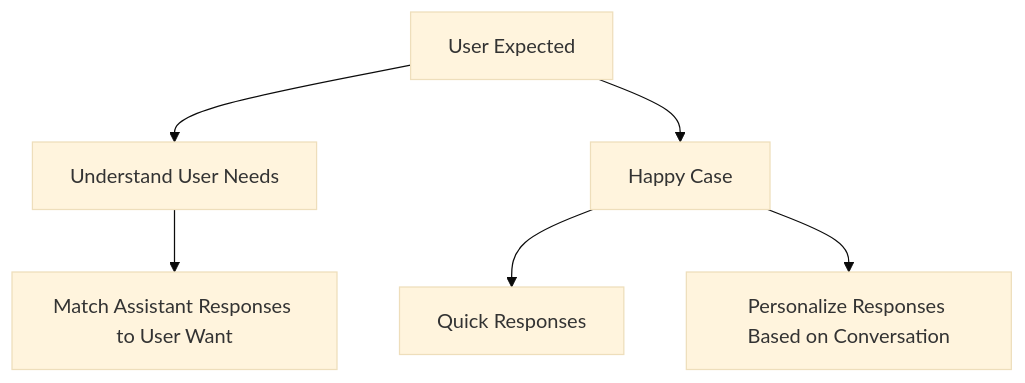
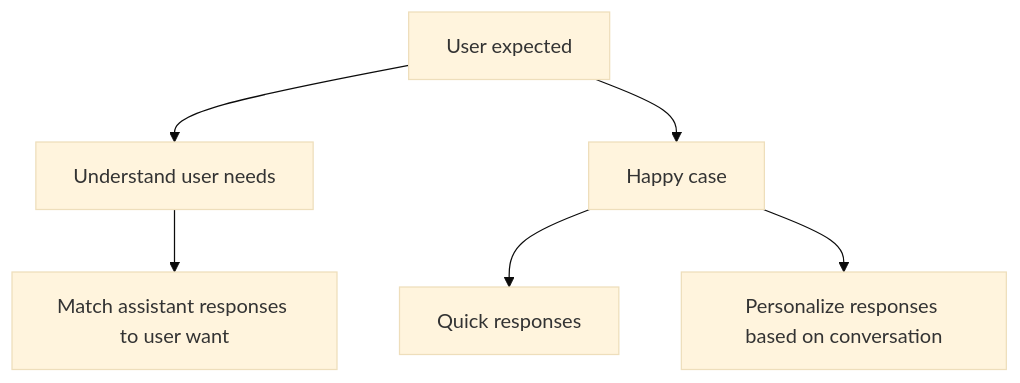
The third of 4 diagrams in AI/Building LLM system/evaluation-guideline-for-LLM-application.md (dwarvesf/playground), drawn with Mermaid (base theme) before and after one commit. The commit also changed other lines of this file and 17 other files, not shown here.

````diff
--- a/AI/Building LLM system/evaluation-guideline-for-LLM-application.md
+++ b/AI/Building LLM system/evaluation-guideline-for-LLM-application.md
@@ -116,10 +117,10 @@
 ```mermaid
 graph TD
-  A[User Expected]
-  A --> B[Understand User Needs]
-  B --> D[Match Assistant Responses to User Want]
+  A[User expected]
+  A --> B[Understand user needs]
+  B --> D[Match assistant responses to user want]
 
-  A --> E[Happy Case]
-  E --> J[Quick Responses]
-  E --> M[Personalize Responses Based on Conversation]
+  A --> E[Happy case]
+  E --> J[Quick responses]
+  E --> M[Personalize responses based on conversation]
 ```
````
